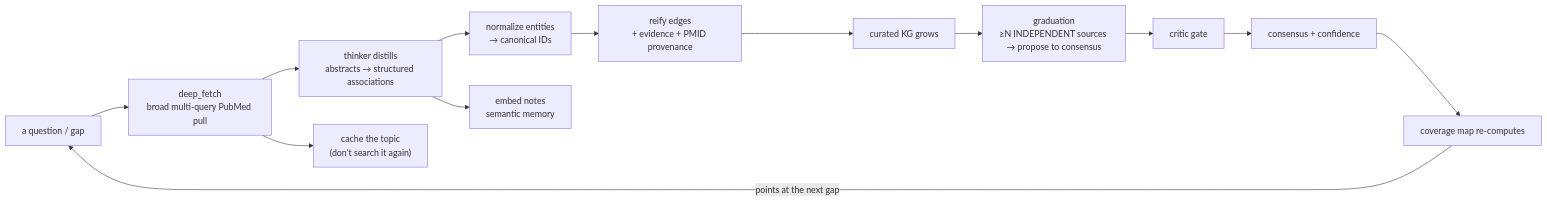
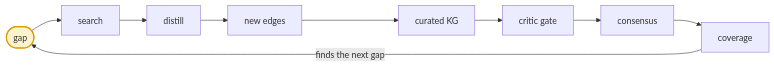
One commit to jamisonhburks/lab_tracker changed the ninth of 11 diagrams in docs/architecture-overview.md. Above: the diagram before and after it, drawn with Mermaid. The commit also changed other lines of this file and 23 other files, not shown here.

First line of the commit message:
docs: simplify slide diagrams — short glanceable labels (#69)

````diff
--- a/docs/architecture-overview.md
+++ b/docs/architecture-overview.md
@@ -205,14 +211,8 @@
 ```mermaid
 flowchart LR
-  Q["a question / gap"] --> SRCH["deep_fetch<br/>broad multi-query PubMed pull"]
-  SRCH --> DIST["thinker distills<br/>abstracts → structured associations"]
-  DIST --> NORM["normalize entities<br/>→ canonical IDs"]
-  NORM --> REIFY["reify edges<br/>+ evidence + PMID provenance"]
-  REIFY --> CK["curated KG grows"]
-  DIST --> EMB["embed notes<br/>semantic memory"]
-  SRCH --> CACHE["cache the topic<br/>(don't search it again)"]
-  CK --> GRAD["graduation<br/>≥N INDEPENDENT sources → propose to consensus"]
-  GRAD --> CRITIC["critic gate"] --> CONS["consensus + confidence"]
-  CONS --> COVERAGE["coverage map re-computes"]
-  COVERAGE -->|"points at the next gap"| Q
+  Q(["gap"]):::hi --> SRCH["search"] --> DIST["distill"] --> EDGES["new edges"]
+  EDGES --> KG["curated KG"] --> GATE["critic gate"] --> CONS["consensus"]
+  CONS --> COV["coverage"]
+  COV -->|"finds the next gap"| Q
+  classDef hi fill:#fff3cd,stroke:#d90,stroke-width:2px;
 ```
````
